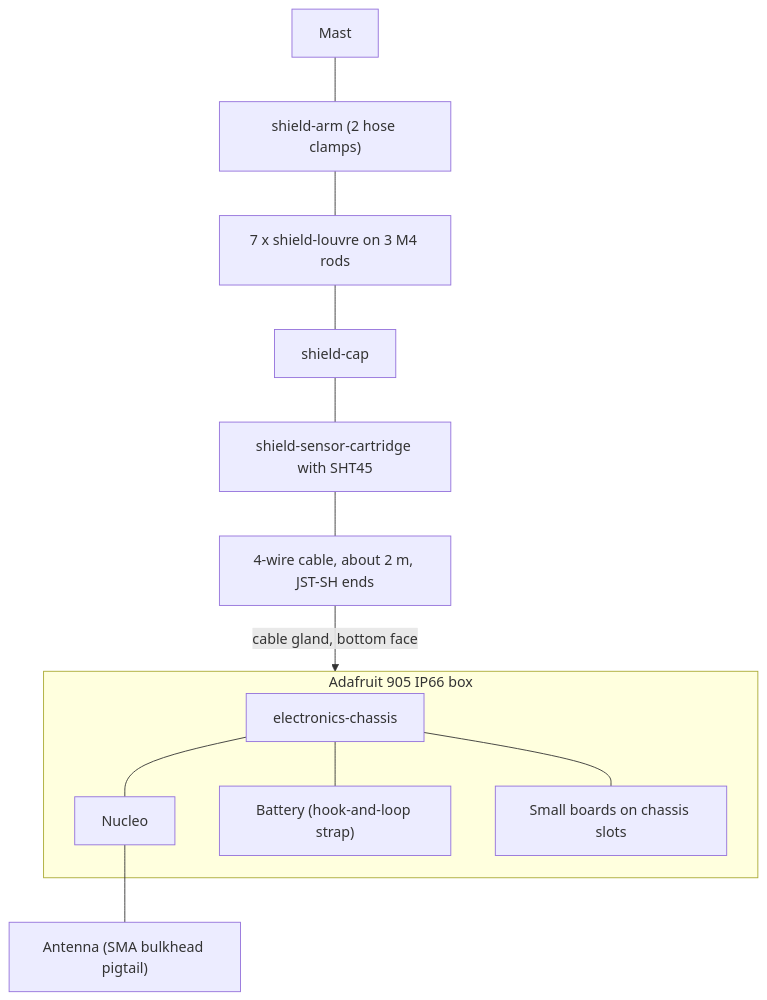
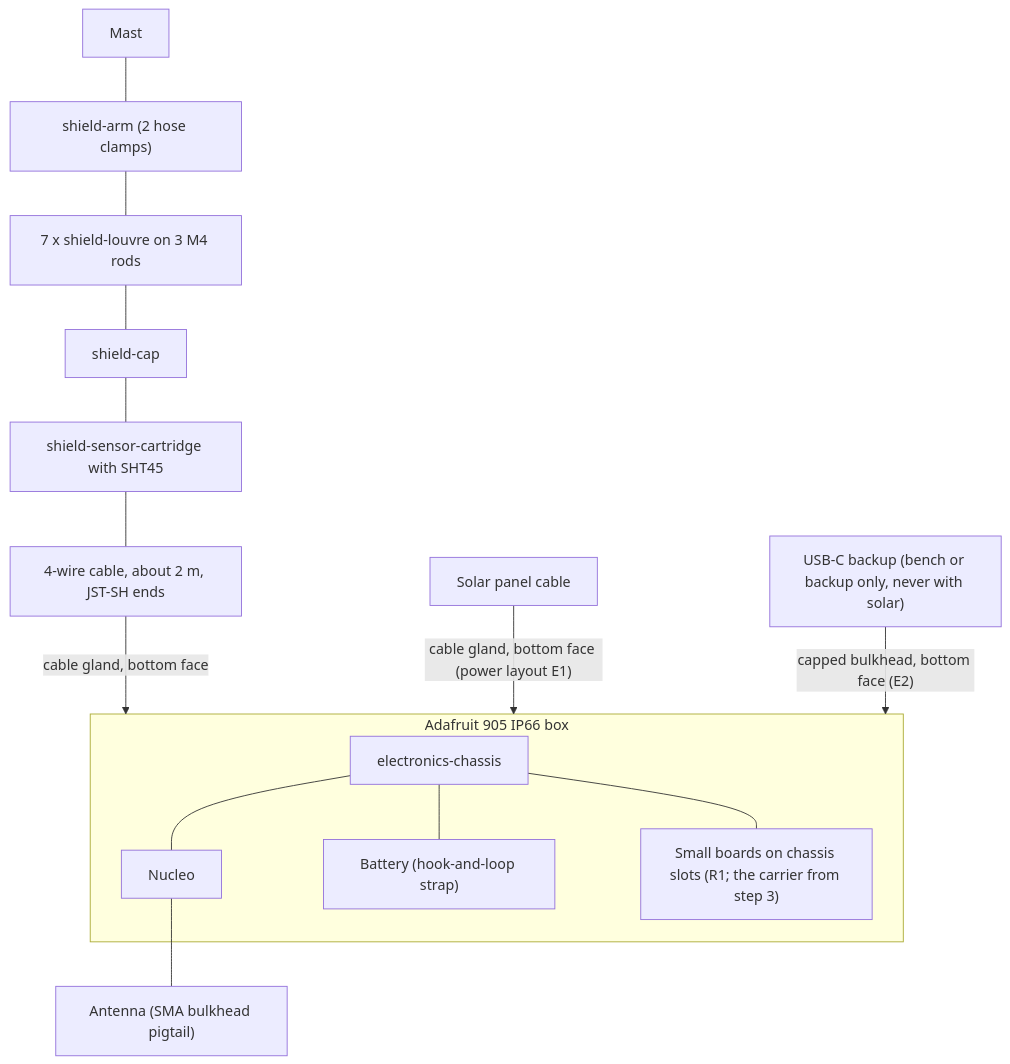
Before and after one commit to clintecker/weather-station-2026: the diagram in hardware/poc-enclosure-r1/README.md, drawn with Mermaid. The commit also changed other lines of this file and 303 other files, not shown here.

````diff
--- a/hardware/poc-enclosure-r1/README.md
+++ b/hardware/poc-enclosure-r1/README.md
@@ -24,25 +24,29 @@
 ```mermaid
 flowchart TB
   MAST["Mast"]
   ARM["shield-arm (2 hose clamps)"]
   CAP["shield-cap"]
   LOUVRES["7 x shield-louvre on 3 M4 rods"]
   CART["shield-sensor-cartridge with SHT45"]
   CABLE["4-wire cable, about 2 m, JST-SH ends"]
   subgraph BOX["Adafruit 905 IP66 box"]
     CHASSIS["electronics-chassis"]
     NUCLEO["Nucleo"]
     BATT["Battery (hook-and-loop strap)"]
-    SMALL["Small boards on chassis slots"]
+    SMALL["Small boards on chassis slots (R1; the carrier from step 3)"]
   end
   ANT["Antenna (SMA bulkhead pigtail)"]
+  SOLAR["Solar panel cable"]
+  USBC["USB-C backup (bench or backup only, never with solar)"]
   MAST --- ARM --- LOUVRES
   LOUVRES --- CAP
   CAP --- CART
   CART --- CABLE
   CABLE -->|"cable gland, bottom face"| BOX
   CHASSIS --- NUCLEO
   CHASSIS --- BATT
   CHASSIS --- SMALL
   NUCLEO --- ANT
+  SOLAR -->|"cable gland, bottom face (power layout E1)"| BOX
+  USBC -->|"capped bulkhead, bottom face (E2)"| BOX
 ```
````
